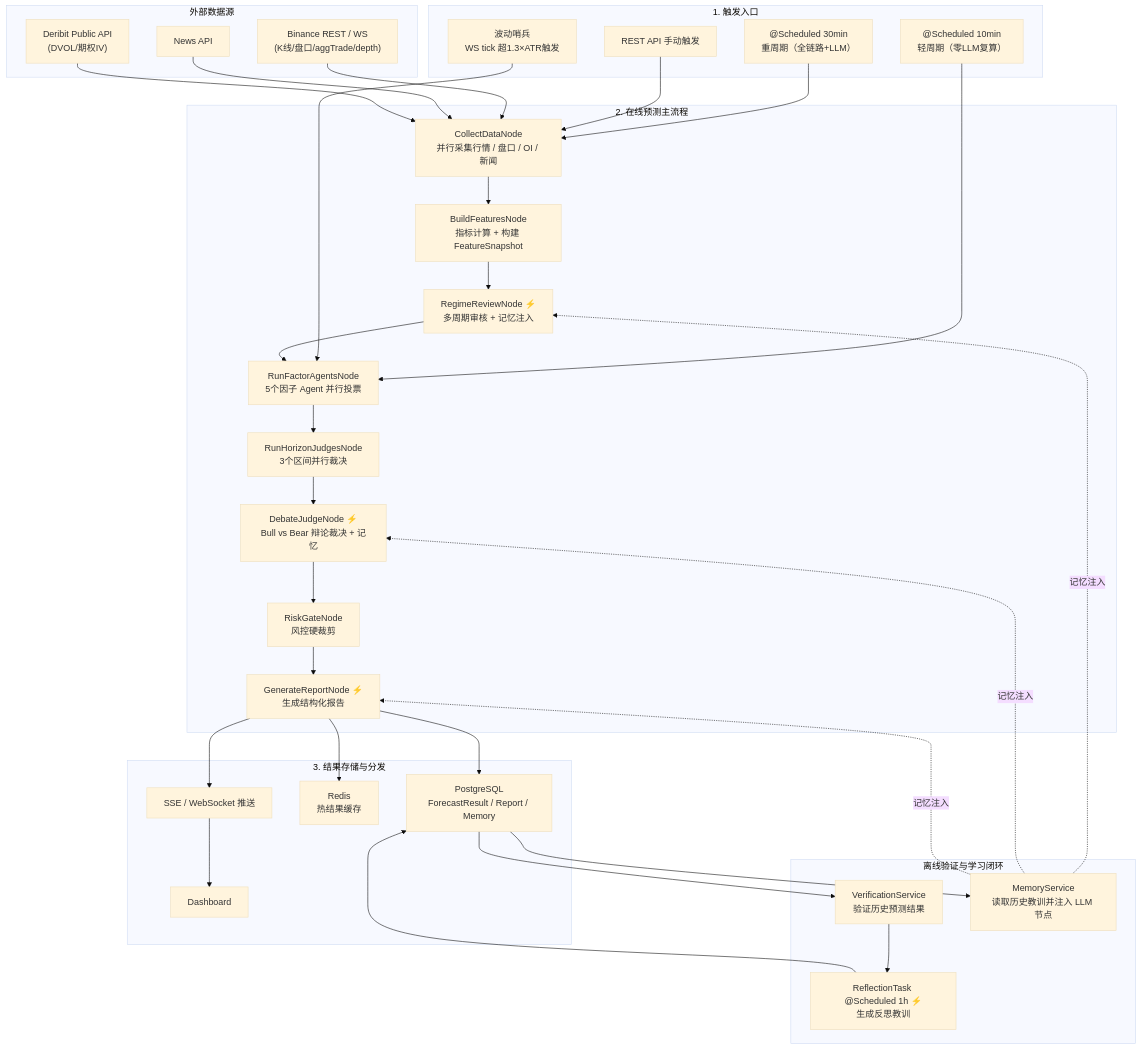
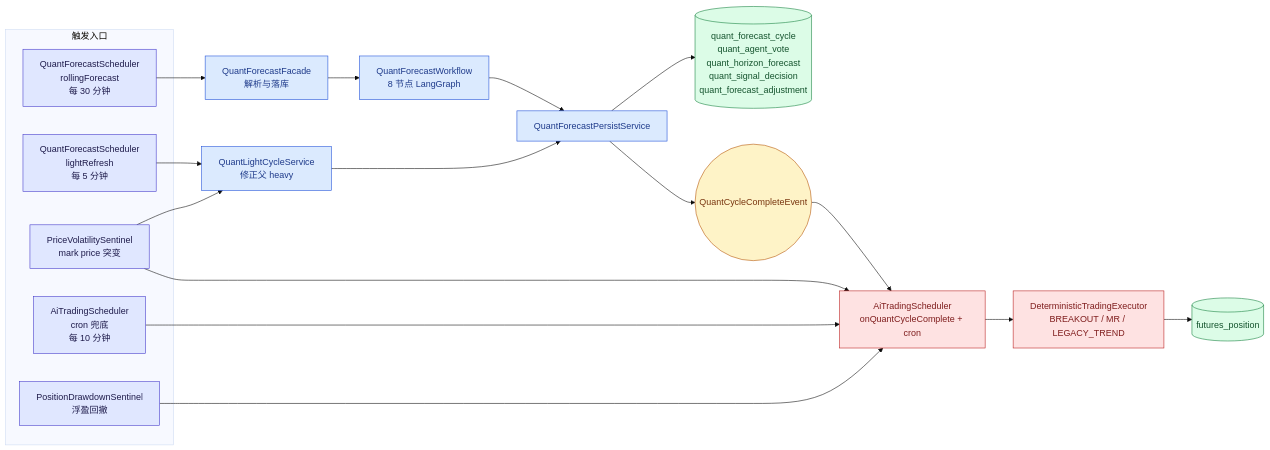
One commit to mamawai/wtfibought changed the first of 4 diagrams in docs/Quantitative analysis.md. Above: the diagram before and after it, drawn with Mermaid (base theme). The commit also changed other lines of this file, not shown here.

````diff
--- a/docs/Quantitative analysis.md
+++ b/docs/Quantitative analysis.md
@@ -140,60 +47,43 @@
 ```mermaid
-flowchart TB
-    subgraph ENTRY["1. 触发入口"]
-        E1["@Scheduled 30min<br/>重周期（全链路+LLM）"]
-        E1b["@Scheduled 10min<br/>轻周期（零LLM复算）"]
-        E1c["波动哨兵<br/>WS tick 超1.3×ATR触发"]
-        E2["REST API 手动触发"]
+flowchart LR
+    subgraph Triggers["触发入口"]
+        S1["QuantForecastScheduler<br/>rollingForecast<br/>每 30 分钟"]
+        S2["QuantForecastScheduler<br/>lightRefresh<br/>每 5 分钟"]
+        S3["PriceVolatilitySentinel<br/>mark price 突变"]
+        S4["AiTradingScheduler<br/>cron 兜底<br/>每 10 分钟"]
+        S5["PositionDrawdownSentinel<br/>浮盈回撤"]
     end
 
-    subgraph FLOW["2. 在线预测主流程"]
-        F1["CollectDataNode<br/>并行采集行情 / 盘口 / OI / 新闻"]
-        F2["BuildFeaturesNode<br/>指标计算 + 构建 FeatureSnapshot"]
-        F3["RegimeReviewNode ⚡<br/>多周期审核 + 记忆注入"]
-        F4["RunFactorAgentsNode<br/>5个因子 Agent 并行投票"]
-        F5["RunHorizonJudgesNode<br/>3个区间并行裁决"]
-        F7["DebateJudgeNode ⚡<br/>Bull vs Bear 辩论裁决 + 记忆"]
-        F8["RiskGateNode<br/>风控硬裁剪"]
-        F9["GenerateReportNode ⚡<br/>生成结构化报告"]
-    end
+    F["QuantForecastFacade<br/>解析与落库"]
+    G["QuantForecastWorkflow<br/>8 节点 LangGraph"]
+    L["QuantLightCycleService<br/>修正父 heavy"]
 
-    subgraph DELIVERY["3. 结果存储与分发"]
-        D1["PostgreSQL<br/>ForecastResult / Report / Memory"]
-        D2["Redis<br/>热结果缓存"]
-        D3["SSE / WebSocket 推送"]
-        D4["Dashboard"]
-    end
+    P["QuantForecastPersistService"]
+    DB[("quant_forecast_cycle<br/>quant_agent_vote<br/>quant_horizon_forecast<br/>quant_signal_decision<br/>quant_forecast_adjustment")]
 
-    subgraph SOURCE["外部数据源"]
-        S1["Binance REST / WS<br/>(K线/盘口/aggTrade/depth)"]
-        S2["News API"]
-        S3["Deribit Public API<br/>(DVOL/期权IV)"]
-    end
+    E((QuantCycleCompleteEvent))
+    AT["AiTradingScheduler<br/>onQuantCycleComplete + cron"]
+    EX["DeterministicTradingExecutor<br/>BREAKOUT / MR / LEGACY_TREND"]
+    POS[("futures_position")]
 
-    subgraph FEEDBACK["离线验证与学习闭环"]
-        V1["VerificationService<br/>验证历史预测结果"]
-        V2["ReflectionTask @Scheduled 1h ⚡<br/>生成反思教训"]
-        V3["MemoryService<br/>读取历史教训并注入 LLM 节点"]
-    end
+    S1 --> F --> G --> P --> DB
+    P --> E
+    S2 --> L --> P
+    S3 --> L
+    S3 --> AT
+    E --> AT
+    S4 --> AT
+    S5 --> AT
+    AT --> EX --> POS
 
-    E1 --> F1
-    E1b --> F4
-    E1c --> F4
-    E2 --> F1
-
-    S1 --> F1
-    S2 --> F1
-    S3 --> F1
-
-    F1 --> F2 --> F3 --> F4 --> F5 --> F7 --> F8 --> F9
-
-    F9 --> D1
-    F9 --> D2
-    F9 --> D3 --> D4
-
-    D1 --> V1 --> V2 --> D1
-    D1 --> V3
-    V3 -.记忆注入.-> F3
-    V3 -.记忆注入.-> F7
-    V3 -.记忆注入.-> F9
+    classDef trig fill:#e0e7ff,stroke:#4338ca,color:#1e1b4b
+    classDef core fill:#dbeafe,stroke:#1d4ed8,color:#1e3a8a
+    classDef store fill:#dcfce7,stroke:#15803d,color:#14532d
+    classDef event fill:#fef3c7,stroke:#b45309,color:#78350f
+    classDef trade fill:#fee2e2,stroke:#b91c1c,color:#7f1d1d
+    class S1,S2,S3,S4,S5 trig
+    class F,G,L,P core
+    class DB,POS store
+    class E event
+    class AT,EX trade
 ```
````
